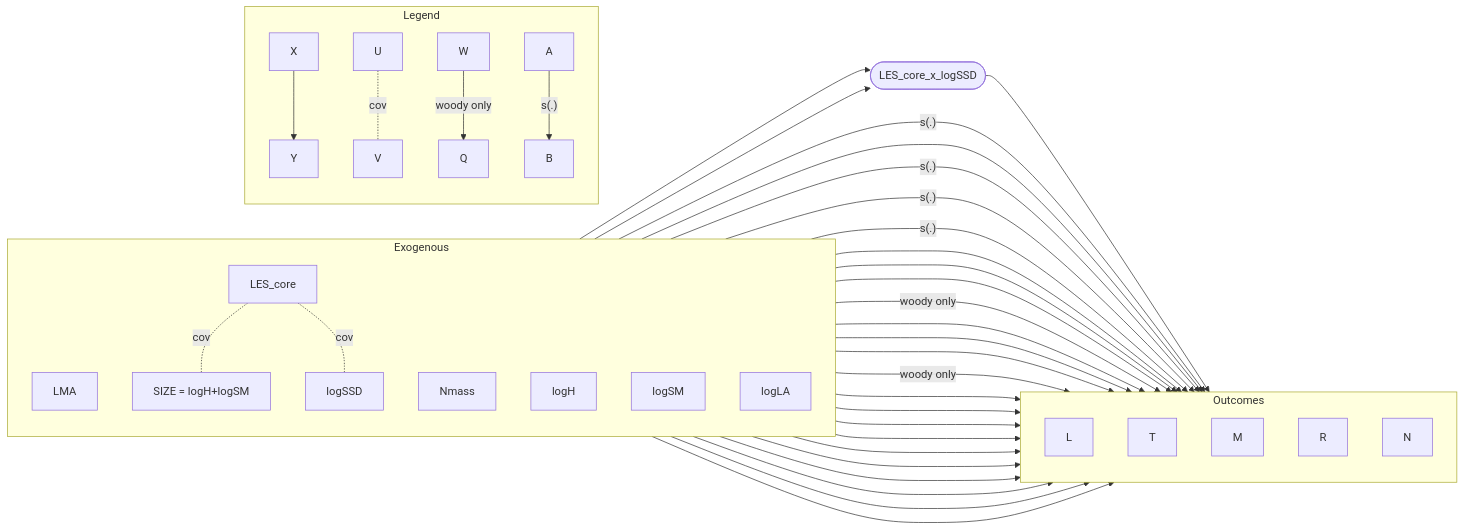
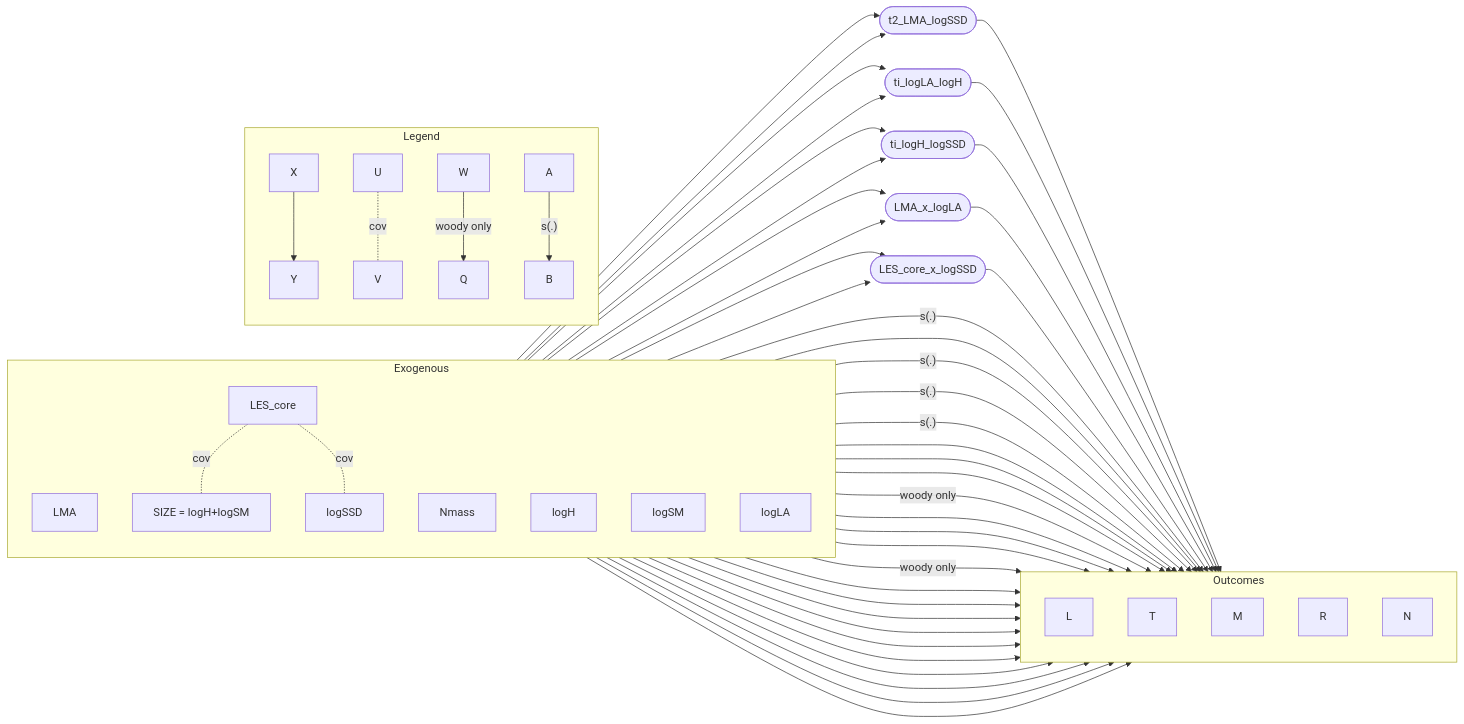
Before and after one commit to jaredquekjz/plantguide: the seventh of 7 diagrams in README.md, drawn with Mermaid.

Commit message:
docs: add LMA:logLA interaction and bivariate surfaces to All Axes overview mermaid

```diff
--- a/README.md
+++ b/README.md
@@ -250,6 +250,28 @@
   H   -- "s(.)" --> L
   LA  -- "s(.)" --> L
   SSD -- "s(.)" --> L
+
+  %% L pairwise surfaces (bivariate smooths)
+  LMA_SSD([t2_LMA_logSSD])
+  LMA --> LMA_SSD
+  SSD --> LMA_SSD
+  LMA_SSD --> L
+
+  LA_H([ti_logLA_logH])
+  LA --> LA_H
+  H  --> LA_H
+  LA_H --> L
+
+  H_SSD([ti_logH_logSSD])
+  H   --> H_SSD
+  SSD --> H_SSD
+  H_SSD --> L
+
+  %% L linear interaction
+  LMAxLA([LMA_x_logLA])
+  LMA --> LMAxLA
+  LA  --> LMAxLA
+  LMAxLA --> L
 
   %% T (linear SIZE)
   LES --> T
```
